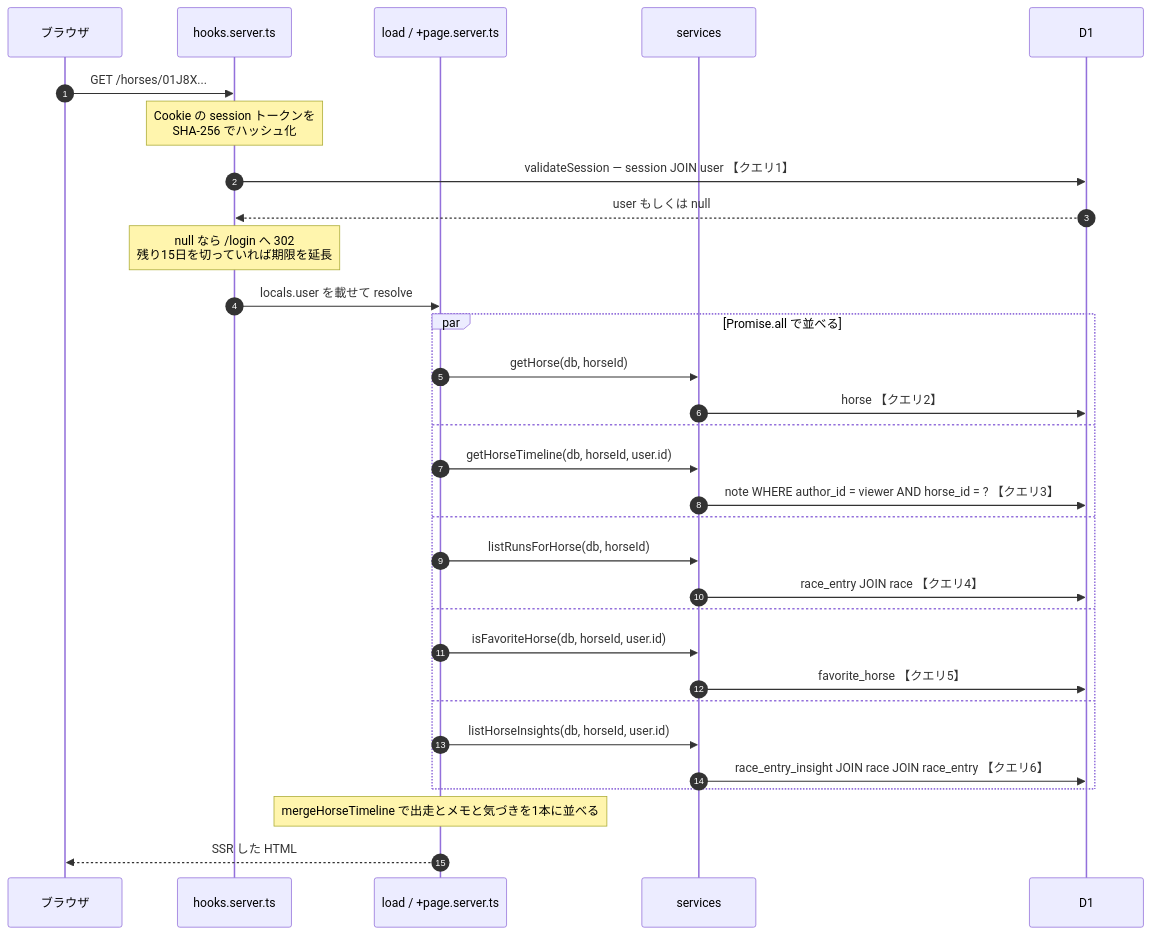
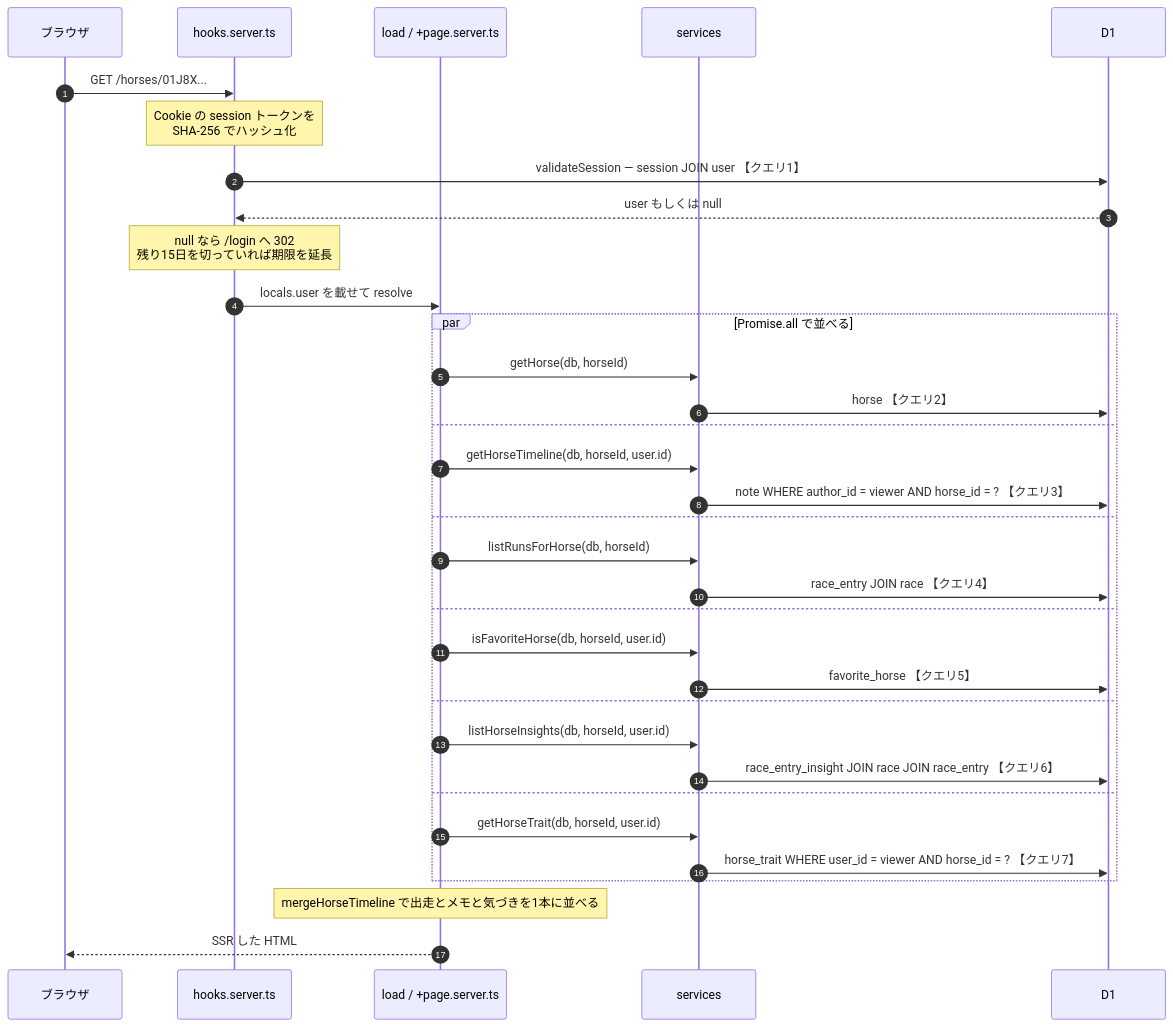
One commit to Atoyr/keiba-note changed the third of 11 diagrams in docs/architecture.md. Above: the diagram before and after it, drawn with Mermaid. The commit also changed other lines of this file and 31 other files, not shown here.

````diff
--- a/docs/architecture.md
+++ b/docs/architecture.md
@@ -334,34 +334,37 @@
 ```mermaid
 sequenceDiagram
     autonumber
     participant B as ブラウザ
     participant H as hooks.server.ts
     participant L as load / +page.server.ts
     participant S as services
     participant D as D1
 
     B->>H: GET /horses/01J8X...
     Note over H: Cookie の session トークンを<br/>SHA-256 でハッシュ化
     H->>D: validateSession — session JOIN user 【クエリ1】
     D-->>H: user もしくは null
     Note over H: null なら /login へ 302<br/>残り15日を切っていれば期限を延長
     H->>L: locals.user を載せて resolve
     par Promise.all で並べる
         L->>S: getHorse(db, horseId)
         S->>D: horse 【クエリ2】
     and
         L->>S: getHorseTimeline(db, horseId, user.id)
         S->>D: note WHERE author_id = viewer AND horse_id = ? 【クエリ3】
     and
         L->>S: listRunsForHorse(db, horseId)
         S->>D: race_entry JOIN race 【クエリ4】
     and
         L->>S: isFavoriteHorse(db, horseId, user.id)
         S->>D: favorite_horse 【クエリ5】
     and
         L->>S: listHorseInsights(db, horseId, user.id)
         S->>D: race_entry_insight JOIN race JOIN race_entry 【クエリ6】
+    and
+        L->>S: getHorseTrait(db, horseId, user.id)
+        S->>D: horse_trait WHERE user_id = viewer AND horse_id = ? 【クエリ7】
     end
     Note over L: mergeHorseTimeline で出走とメモと気づきを1本に並べる
     L-->>B: SSR した HTML
 ```
````
